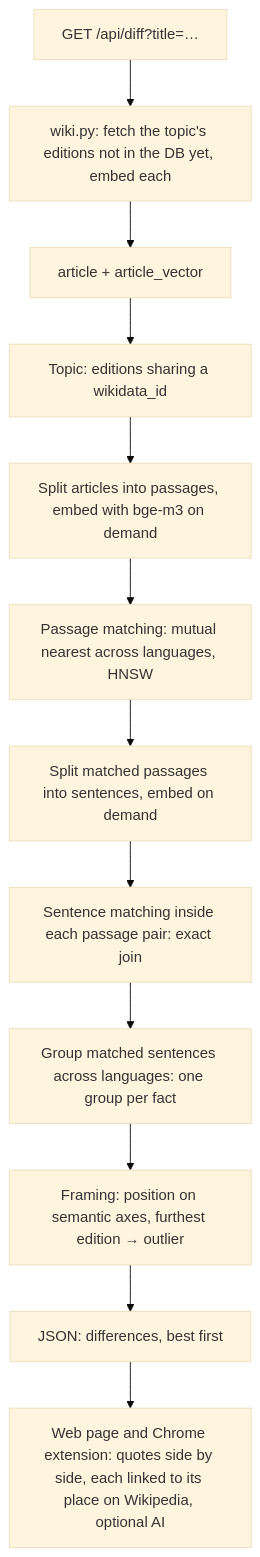
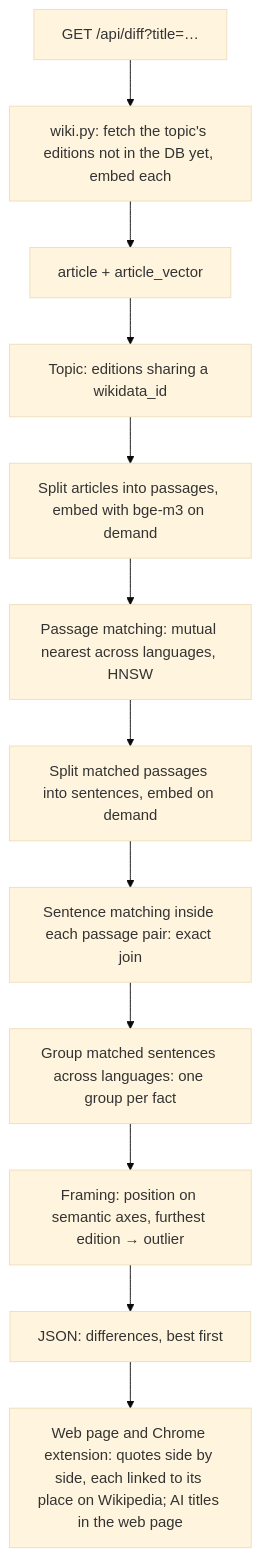
One commit to ardubev16/junction2026 changed the first of 7 diagrams in wikicross/docs/how-it-works.md. Above: the diagram before and after it, drawn with Mermaid (base theme). The commit also changed other lines of this file and 3 other files, not shown here.

First line of the commit message:
Web app: AI on by default, AI titles and descriptions, English quotes, language filters

````diff
--- a/wikicross/docs/how-it-works.md
+++ b/wikicross/docs/how-it-works.md
@@ -18,14 +18,14 @@
 ```mermaid
 flowchart TD
   Q[GET /api/diff?title=…] --> W[wiki.py: fetch the topic's editions not in the DB yet, embed each]
   W --> A[article + article_vector]
   A --> T[Topic: editions sharing a wikidata_id]
   T --> E1[Split articles into passages, embed with bge-m3 on demand]
   E1 --> P[Passage matching: mutual nearest across languages, HNSW]
   P --> E2[Split matched passages into sentences, embed on demand]
   E2 --> S[Sentence matching inside each passage pair: exact join]
   S --> G[Group matched sentences across languages: one group per fact]
   G --> F2[Framing: position on semantic axes, furthest edition → outlier]
   F2 --> R[JSON: differences, best first]
-  R --> UI[Web page and Chrome extension: quotes side by side, each linked to its place on Wikipedia, optional AI]
+  R --> UI[Web page and Chrome extension: quotes side by side, each linked to its place on Wikipedia; AI titles in the web page]
 ```
````
